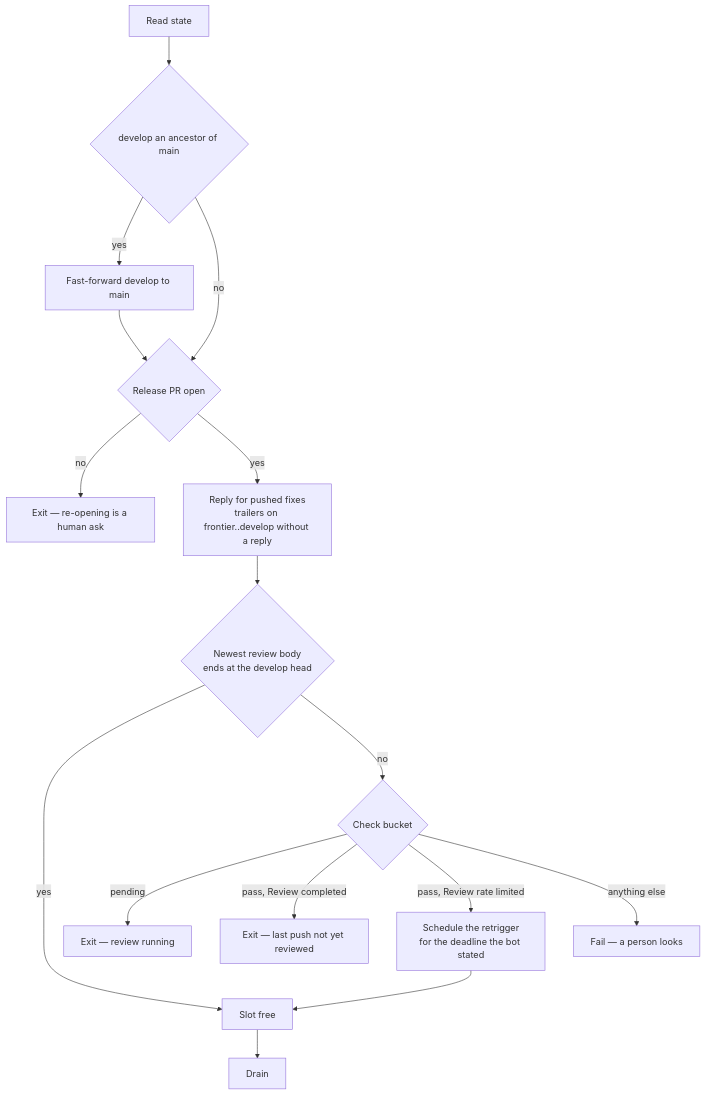
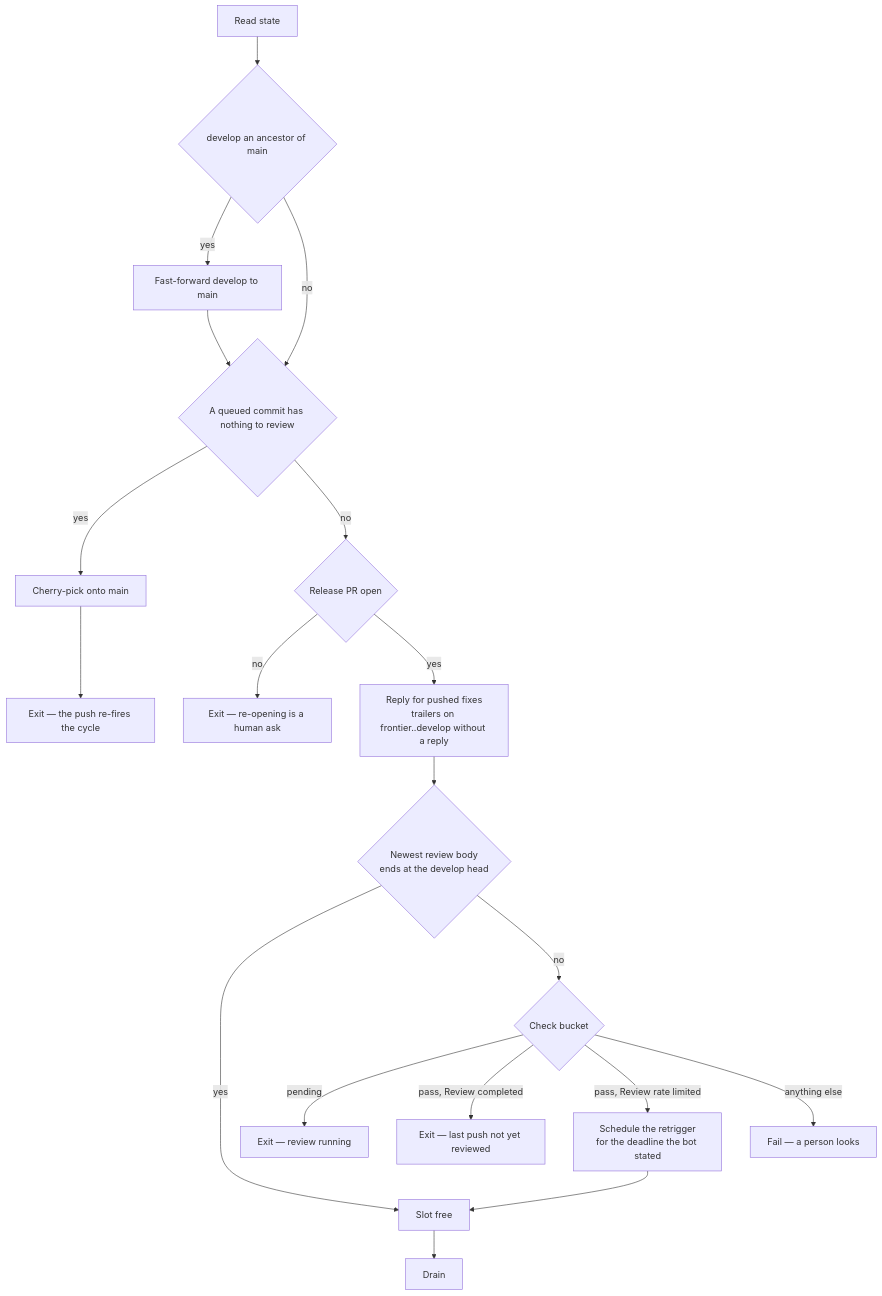
The first of 2 diagrams in apps/web/content/docs/infra/review-collector/collection-cycle.md (Esposter/Esposter), drawn with Mermaid before and after one commit.

Commit message:
docs(review-collector): the gate flowchart shows the express lane
The prose already placed it after the return stroke and before the pull request lookup; the diagram skipped
straight from the fast-forward to the PR check, so a reader following only the picture never saw the lane exist.

Answers: 3999402791

````diff
--- a/apps/web/content/docs/infra/review-collector/collection-cycle.md
+++ b/apps/web/content/docs/infra/review-collector/collection-cycle.md
@@ -39,18 +39,20 @@
 ```mermaid
 flowchart TD
   S[Read state] --> RS{develop an ancestor of main}
   RS -->|yes| FF[Fast-forward develop to main]
-  RS -->|no| PR
-  FF --> PR{Release PR open}
+  RS -->|no| EL
+  FF --> EL{A queued commit has nothing to review}
+  EL -->|yes| CP[Cherry-pick onto main] --> X3[Exit — the push re-fires the cycle]
+  EL -->|no| PR{Release PR open}
   PR -->|no| X0[Exit — re-opening is a human ask]
   PR -->|yes| RP[Reply for pushed fixes<br/>trailers on frontier..develop without a reply]
   RP --> B{Newest review body<br/>ends at the develop head}
   B -->|yes| OK[Slot free]
   B -->|no| ST{Check bucket}
   ST -->|pending| X1[Exit — review running]
   ST -->|pass, Review completed| X2[Exit — last push not yet reviewed]
   ST -->|pass, Review rate limited| SR[Schedule the retrigger<br/>for the deadline the bot stated]
   SR --> OK
   ST -->|anything else| X4[Fail — a person looks]
   OK --> D[Drain]
 ```
````
